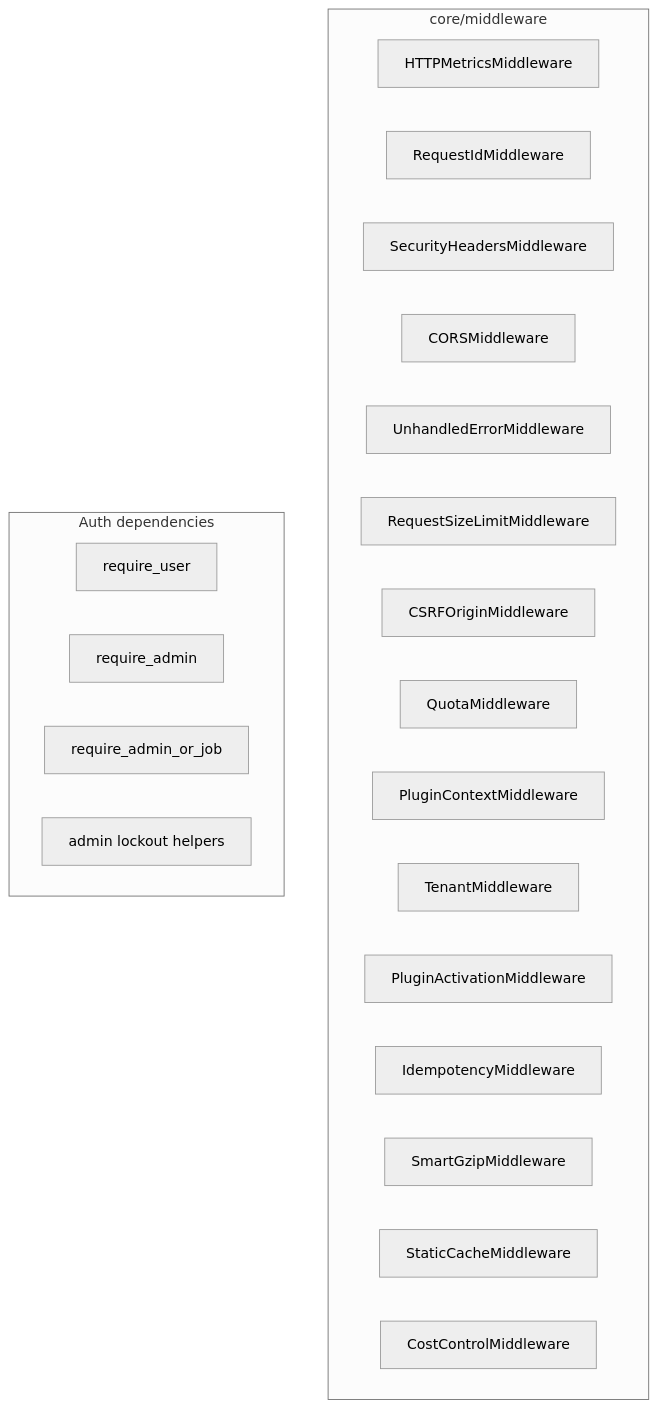
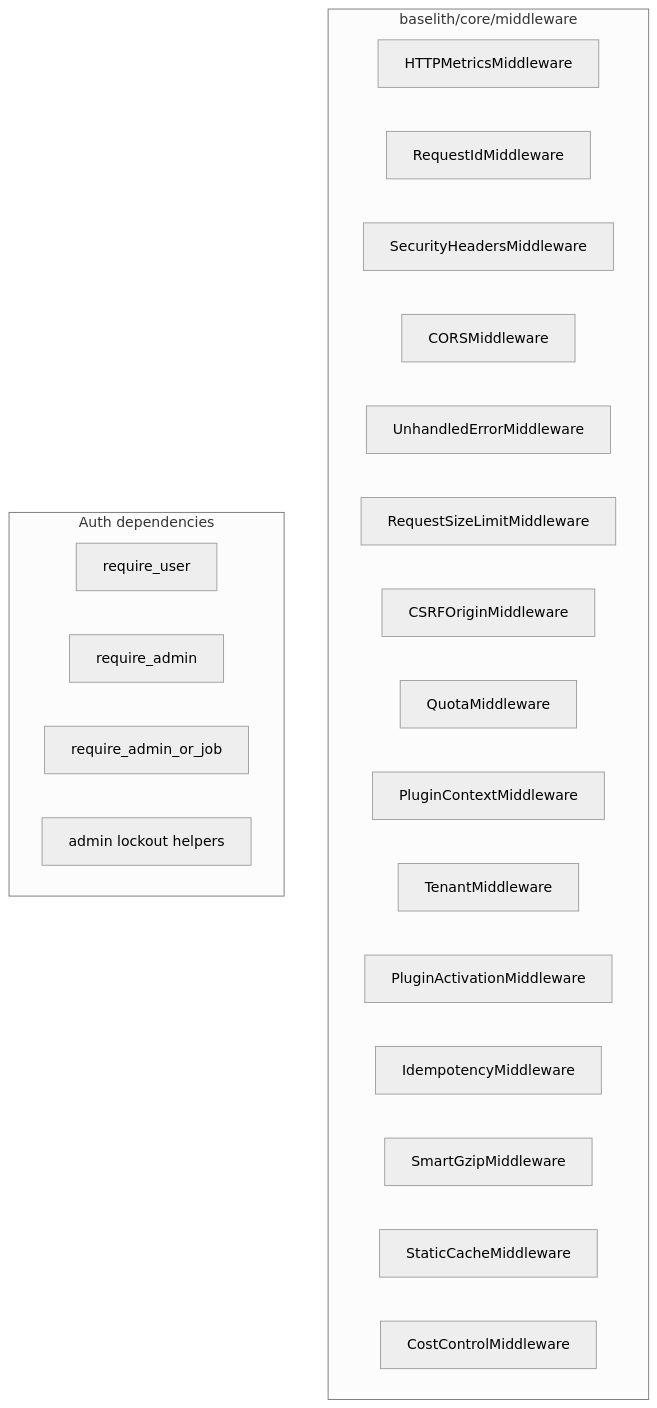
The diagram in mkdocs-site/docs/core-modules/middleware.md (baselithcore/baselithcore), drawn with Mermaid (neutral theme) before and after one commit. The commit also changed other lines of this file and 3526 other files, not shown here.

````diff
--- a/mkdocs-site/docs/core-modules/middleware.md
+++ b/mkdocs-site/docs/core-modules/middleware.md
@@ -14,27 +14,27 @@
 ```mermaid
 graph TB
-    subgraph MW["core/middleware"]
+    subgraph MW["baselith/core/middleware"]
         Metrics[HTTPMetricsMiddleware]
         ReqId[RequestIdMiddleware]
         SecHdr[SecurityHeadersMiddleware]
         CORS[CORSMiddleware]
         Unhandled[UnhandledErrorMiddleware]
         Size[RequestSizeLimitMiddleware]
         CSRF[CSRFOriginMiddleware]
         Quota[QuotaMiddleware]
         PlugCtx[PluginContextMiddleware]
         Tenant[TenantMiddleware]
         PlugAct[PluginActivationMiddleware]
         Idem[IdempotencyMiddleware]
         Gzip[SmartGzipMiddleware]
         StaticCache[StaticCacheMiddleware]
         Cost[CostControlMiddleware]
     end
 
     subgraph Deps["Auth dependencies"]
         ReqUser[require_user]
         ReqAdmin[require_admin]
         ReqJob[require_admin_or_job]
         Lockout[admin lockout helpers]
     end
 ```
````
